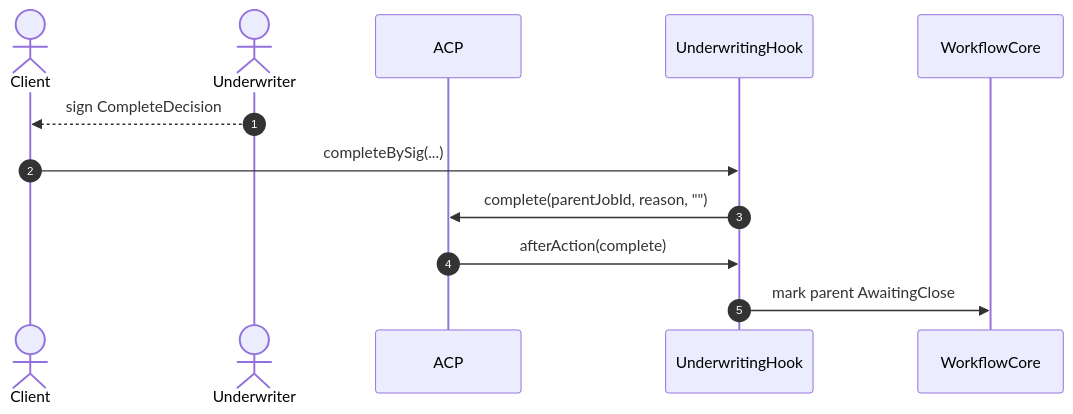
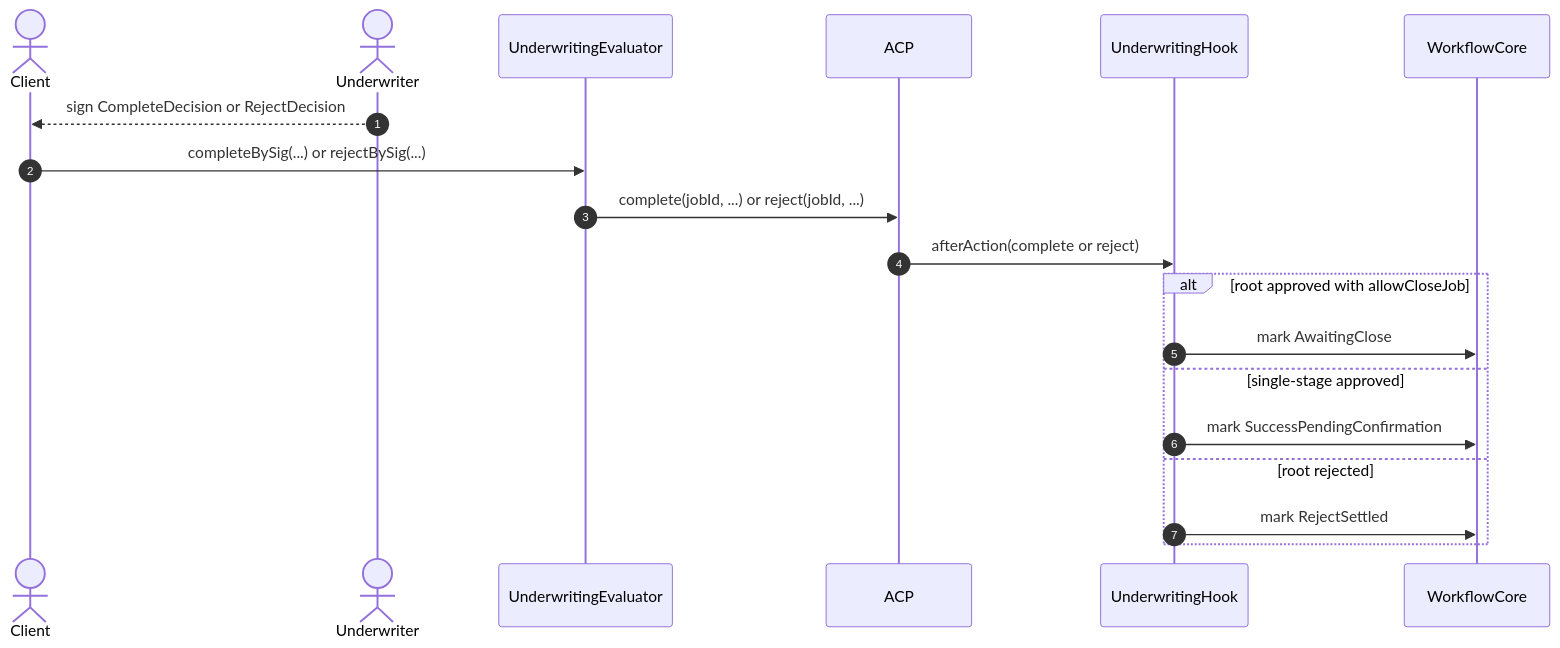
One commit to tsubasakong/hook-contracts changed the fourth of 6 diagrams in docs/underwriting-hook-example-sequence.md. Above: the diagram before and after it, drawn with Mermaid. The commit also changed other lines of this file and 13 other files, not shown here.

````diff
--- a/docs/underwriting-hook-example-sequence.md
+++ b/docs/underwriting-hook-example-sequence.md
@@ -83,15 +87,22 @@
 ```mermaid
 sequenceDiagram
     autonumber
     actor Client
     actor Underwriter
+    participant Eval as UnderwritingEvaluator
     participant ACP as ACP
     participant Hook as UnderwritingHook
     participant Flow as WorkflowCore
 
-    Underwriter-->>Client: sign CompleteDecision
-    Client->>Hook: completeBySig(...)
-    Hook->>ACP: complete(parentJobId, reason, "")
-    ACP->>Hook: afterAction(complete)
-    Hook->>Flow: mark parent AwaitingClose
+    Underwriter-->>Client: sign CompleteDecision or RejectDecision
+    Client->>Eval: completeBySig(...) or rejectBySig(...)
+    Eval->>ACP: complete(jobId, ...) or reject(jobId, ...)
+    ACP->>Hook: afterAction(complete or reject)
+    alt root approved with allowCloseJob
+        Hook->>Flow: mark AwaitingClose
+    else single-stage approved
+        Hook->>Flow: mark SuccessPendingConfirmation
+    else root rejected
+        Hook->>Flow: mark RejectSettled
+    end
 ```
````
